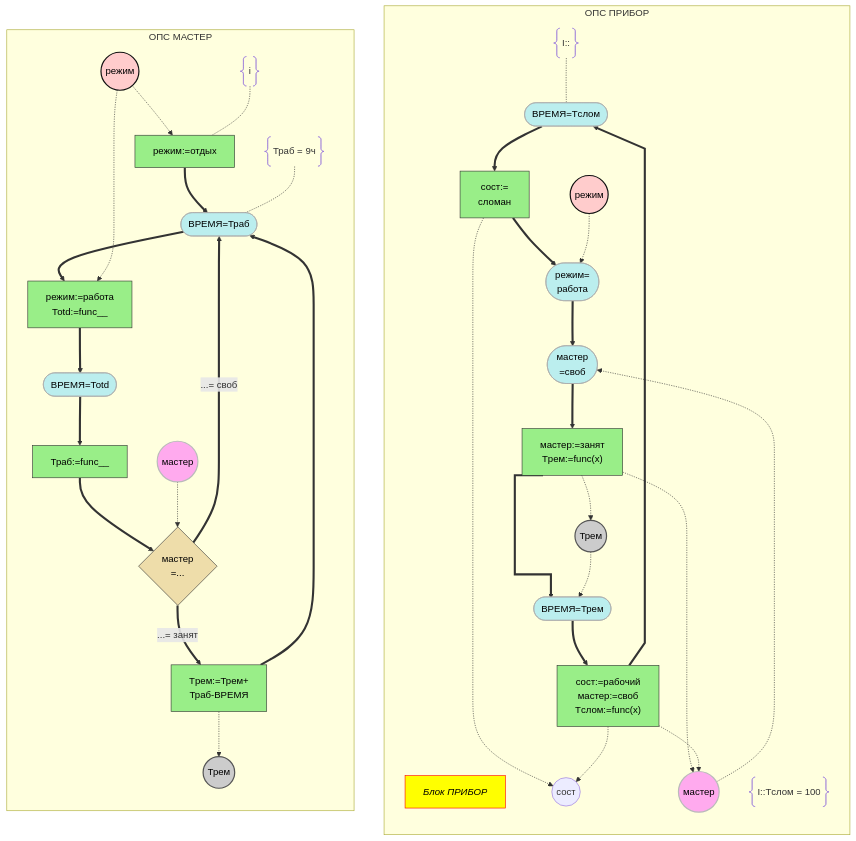
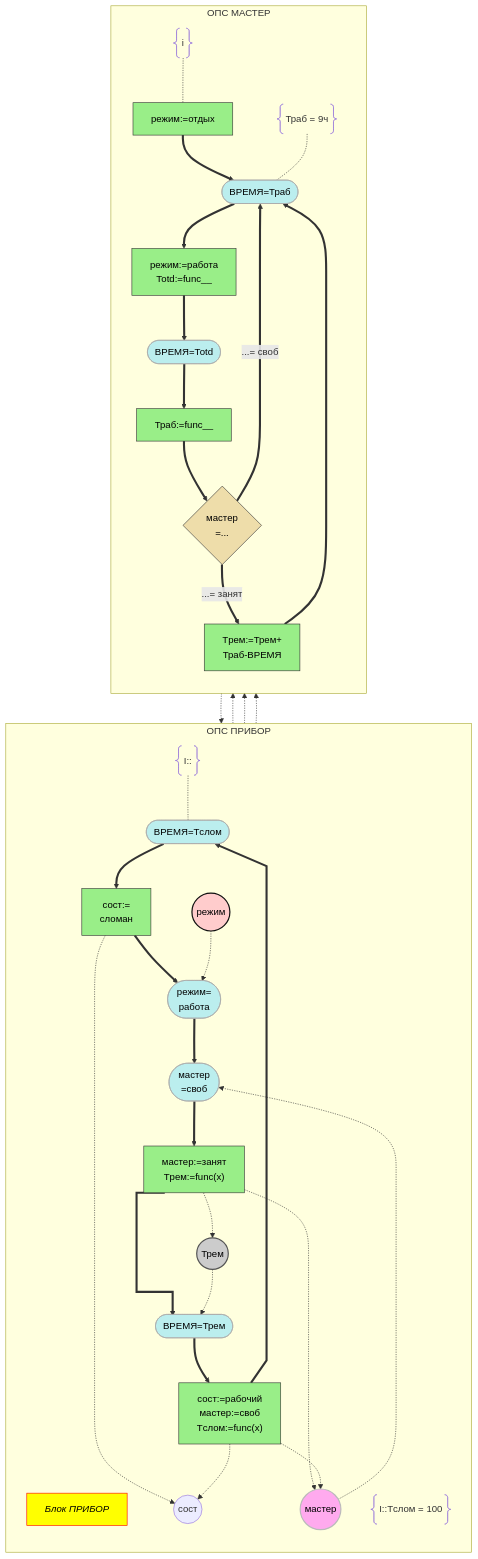
The diagram in README.md (Captain-0bvi0us/OPZHC_2026), drawn with Mermaid before and after one commit.

Commit message:
Refactor mermaid diagram in README.md

````diff
--- a/README.md
+++ b/README.md
@@ -5,72 +5,70 @@
 ```mermaid
 flowchart TD
 
-subgraph PRIBOR ["ОПС ПРИБОР"]
-direction TB
-title[<em>Блок ПРИБОР</em>]
-h1(["BPEMЯ=Tслом"]) ==> h2["сост:=<br>сломан"]
-h2 e11@==> h3(["режим=<br>работа"])
-h3 ==> h4(["мастер<br>=своб"])
-h4 ==> h5["мастер:=занят<br>Tрем:=funс(x)"]
-h5 e20@==> h6(["ВРЕМЯ=Трем"])
-h6 ==> h7["сост:=рабочий<br>мастер:=своб<br>Tслом:=func(x)"]
-h7 e10@==> h1
+    subgraph PRIBOR ["ОПС ПРИБОР"]
+        direction TB
+        title[<em>Блок ПРИБОР</em>]
+        h1(["BPEMЯ=Tслом"]) ==> h2["сост:=<br>сломан"]
+        h2 e11@==> h3(["режим=<br>работа"])
+        h3 ==> h4(["мастер<br>=своб"])
+        h4 ==> h5["мастер:=занят<br>Tрем:=funс(x)"]
+        h5 e20@==> h6(["ВРЕМЯ=Трем"])
+        h6 ==> h7["сост:=рабочий<br>мастер:=своб<br>Tслом:=func(x)"]
+        h7 e10@==> h1
 
-h2 -.->par3((сост))
-h7 -.->par3
-par1((режим))-.->h3
-par2((мастер))-.->h4
-h5 -.->par2
-h7 -.->par2
-h5 -.->par4((Трем))
-par4 -.-> h6
-Ini@{shape: braces, label: "I::"} -.- h1
-HTf@{shape: braces, label: "I::Tслом = 100"}
-end
+        h2 -.->par3((сост))
+        h7 -.->par3
+        par1((режим))-.->h3
+        par2((мастер))-.->h4
+        h5 -.->par2
+        h7 -.->par2
+        h5 -.->par4((Трем))
+        par4 -.-> h6
+        Ini@{shape: braces, label: "I::"} -.- h1
+        HTf@{shape: braces, label: "I::Tслом = 100"}
+    end
 
-subgraph MASTER ["ОПС МАСТЕР"]
-direction TB
-h11["режим:=отдых"] ==> h12(["ВРЕМЯ=Траб"])
-h12 ==> h13["режим:=работа<br>Тоtd:=func__"]
-h13 ==> h14(["ВРЕМЯ=Тоtd"])
-h14 ==> h18["Траб:=func__"]
-h18 ==> h15{"мастер<br>=..."}
-h15 ==>|"...= занят"| h16["Tрем:=Трем+<br>Траб-ВРЕМЯ"]
-h15 ==>|"...= своб"| h12
-h16 ==> h12
+    subgraph MASTER ["ОПС МАСТЕР"]
+        direction TB
+        h11["режим:=отдых"] ==> h12(["ВРЕМЯ=Траб"])
+        h12 ==> h13["режим:=работа<br>Тоtd:=func__"]
+        h13 ==> h14(["ВРЕМЯ=Тоtd"])
+        h14 ==> h18["Траб:=func__"]
+        h18 ==> h15{"мастер<br>=..."}
+        h15 ==>|"...= занят"| h16["Tрем:=Трем+<br>Траб-ВРЕМЯ"]
+        h15 ==>|"...= своб"| h12
+        h16 ==> h12
 
-par5((режим)) -.-> h11
-par5 -.-> h13
-par6((мастер)) -.-> h15
-h16 -.-> par7((Трем))
-InitM@{shape: braces, label: "i"} -.- h11
-TrabInit@{shape: braces, label: "Траб = 9ч"} -.- h12
-end
+        %% Используем те же самые параметры par1, par2, par4 для связи блоков
+        par1 -.-> h11
+        par1 -.-> h13
+        par2 -.-> h15
+        h16 -.-> par4
+        InitM@{shape: braces, label: "i"} -.- h11
+        TrabInit@{shape: braces, label: "Траб = 9ч"} -.- h12
+    end
 
-%% Настройка кривизны линий
-e10@{ curve: linear}
-e11@{ curve: natural}
-e20@{ curve: stepAfter}
+    %% Настройка кривизны линий
+    e10@{ curve: linear}
+    e11@{ curve: natural}
+    e20@{ curve: stepAfter}
 
-%% Классы узлов
-classDef cond fill:#bee,stroke:#aaa,stroke-width:1px,color:#000;
-classDef state fill:#9e8,stroke:#333,stroke-width:1px,color:#000;
-classDef navig fill:#eda,stroke:#333,stroke-width:1px,color:#000;
+    %% Классы узлов
+    classDef cond fill:#bee,stroke:#aaa,stroke-width:1px,color:#000;
+    classDef state fill:#9e8,stroke:#333,stroke-width:1px,color:#000;
+    classDef navig fill:#eda,stroke:#333,stroke-width:1px,color:#000;
 
-class h1,h3,h4,h6,h12,h14 cond;
-class h2,h5,h7,h11,h13,h16,h18 state;
-class h15 navig;
+    class h1,h3,h4,h6,h12,h14 cond;
+    class h2,h5,h7,h11,h13,h16,h18 state;
+    class h15 navig;
 
-%% Стили узлов параметров и заголовка
-style title fill:yellow,stroke:red,color:#000;
-style par1 fill:#fcc,stroke:#111,stroke-width:2px,color:#000;
-style par2 fill:#fae,stroke:#bbb,stroke-width:2px,color:#000;
-style par4 fill:#ccc,stroke:#555,stroke-width:2px,color:#000;
-style par5 fill:#fcc,stroke:#111,stroke-width:2px,color:#000;
-style par6 fill:#fae,stroke:#bbb,stroke-width:2px,color:#000;
-style par7 fill:#ccc,stroke:#555,stroke-width:2px,color:#000;
+    %% Стили узлов параметров и заголовка
+    style title fill:yellow,stroke:red,color:#000;
+    style par1 fill:#fcc,stroke:#111,stroke-width:2px,color:#000;
+    style par2 fill:#fae,stroke:#bbb,stroke-width:2px,color:#000;
+    style par4 fill:#ccc,stroke:#555,stroke-width:2px,color:#000;
 
-%% Клики для перехода по ссылкам (по заданию)
-click par2 href "https://iu5.bmstu.ru" "переход для Мастера" _blank;
-click par4 href "https://iu5.bmstu.ru" "переход к параметру" _blank;
+    %% Клики для перехода по ссылкам (по заданию)
+    click par2 href "https://iu5.bmstu.ru" "переход для Мастера" _blank;
+    click par4 href "https://iu5.bmstu.ru" "переход к параметру" _blank;
 ```
````
